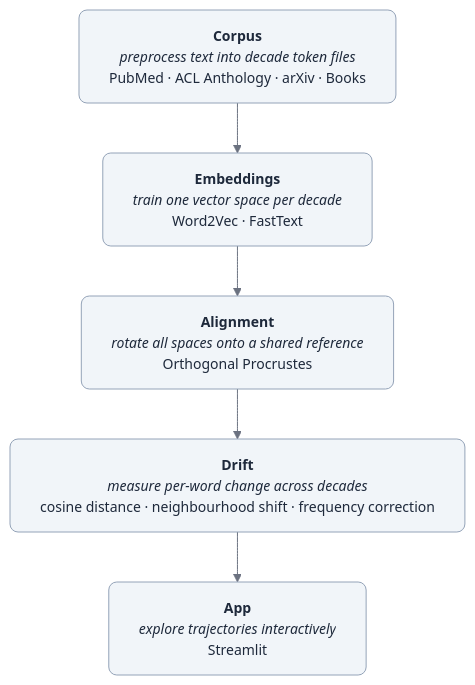
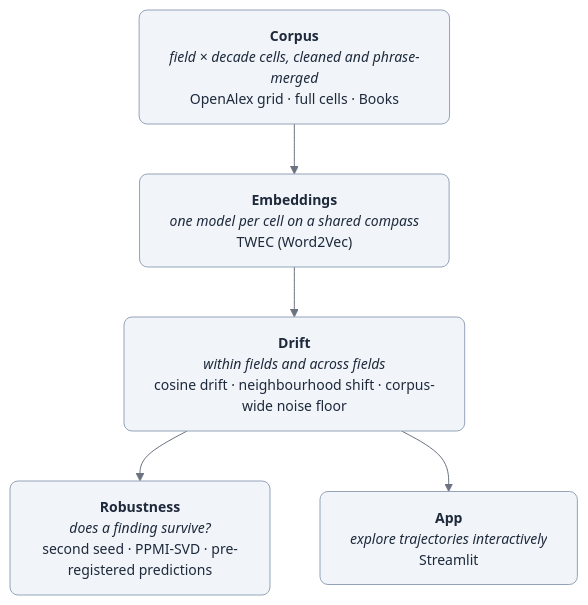
The diagram in README.md (Dovalization/interpretant), drawn with Mermaid before and after one commit. The commit also changed other lines of this file, not shown here.

First line of the commit message:
docs(readme): describe the field x decade grid, the method and the findings so far

````diff
--- a/README.md
+++ b/README.md
@@ -37,13 +37,14 @@
 ```mermaid
 %%{init: {'theme': 'base', 'themeVariables': {'fontSize': '14px', 'lineColor': '#6b7280'}}}%%
 flowchart TD
     classDef stage fill:#f1f5f9,stroke:#94a3b8,color:#1e293b,rx:8
 
-    C["<b>Corpus</b><br/><i>preprocess&nbsp;text&nbsp;into&nbsp;decade&nbsp;token&nbsp;files</i><br/>PubMed&nbsp;·&nbsp;ACL&nbsp;Anthology&nbsp;·&nbsp;arXiv&nbsp;·&nbsp;Books"]:::stage
-    E["<b>Embeddings</b><br/><i>train&nbsp;one&nbsp;vector&nbsp;space&nbsp;per&nbsp;decade</i><br/>Word2Vec&nbsp;·&nbsp;FastText"]:::stage
-    A["<b>Alignment</b><br/><i>rotate&nbsp;all&nbsp;spaces&nbsp;onto&nbsp;a&nbsp;shared&nbsp;reference</i><br/>Orthogonal&nbsp;Procrustes"]:::stage
-    D["<b>Drift</b><br/><i>measure&nbsp;per-word&nbsp;change&nbsp;across&nbsp;decades</i><br/>cosine&nbsp;distance&nbsp;·&nbsp;neighbourhood&nbsp;shift&nbsp;·&nbsp;frequency&nbsp;correction"]:::stage
+    C["<b>Corpus</b><br/><i>field&nbsp;×&nbsp;decade&nbsp;cells,&nbsp;cleaned&nbsp;and&nbsp;phrase-merged</i><br/>OpenAlex&nbsp;grid&nbsp;·&nbsp;full&nbsp;cells&nbsp;·&nbsp;Books"]:::stage
+    E["<b>Embeddings</b><br/><i>one&nbsp;model&nbsp;per&nbsp;cell&nbsp;on&nbsp;a&nbsp;shared&nbsp;compass</i><br/>TWEC&nbsp;(Word2Vec)"]:::stage
+    D["<b>Drift</b><br/><i>within&nbsp;fields&nbsp;and&nbsp;across&nbsp;fields</i><br/>cosine&nbsp;drift&nbsp;·&nbsp;neighbourhood&nbsp;shift&nbsp;·&nbsp;corpus-wide&nbsp;noise&nbsp;floor"]:::stage
+    R["<b>Robustness</b><br/><i>does&nbsp;a&nbsp;finding&nbsp;survive?</i><br/>second&nbsp;seed&nbsp;·&nbsp;PPMI-SVD&nbsp;·&nbsp;pre-registered&nbsp;predictions"]:::stage
     P["<b>App</b><br/><i>explore&nbsp;trajectories&nbsp;interactively</i><br/>Streamlit"]:::stage
 
-    C --> E --> A --> D --> P
+    C --> E --> D --> R
+    D --> P
 ```
````
